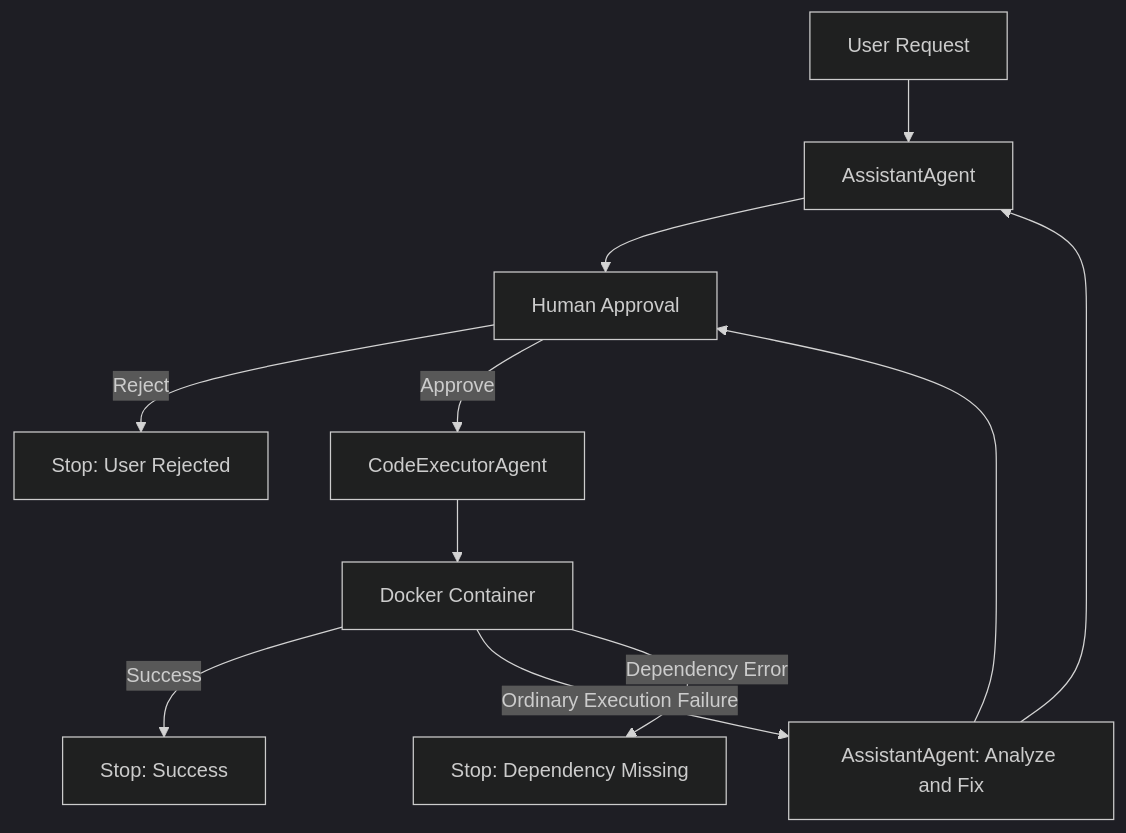
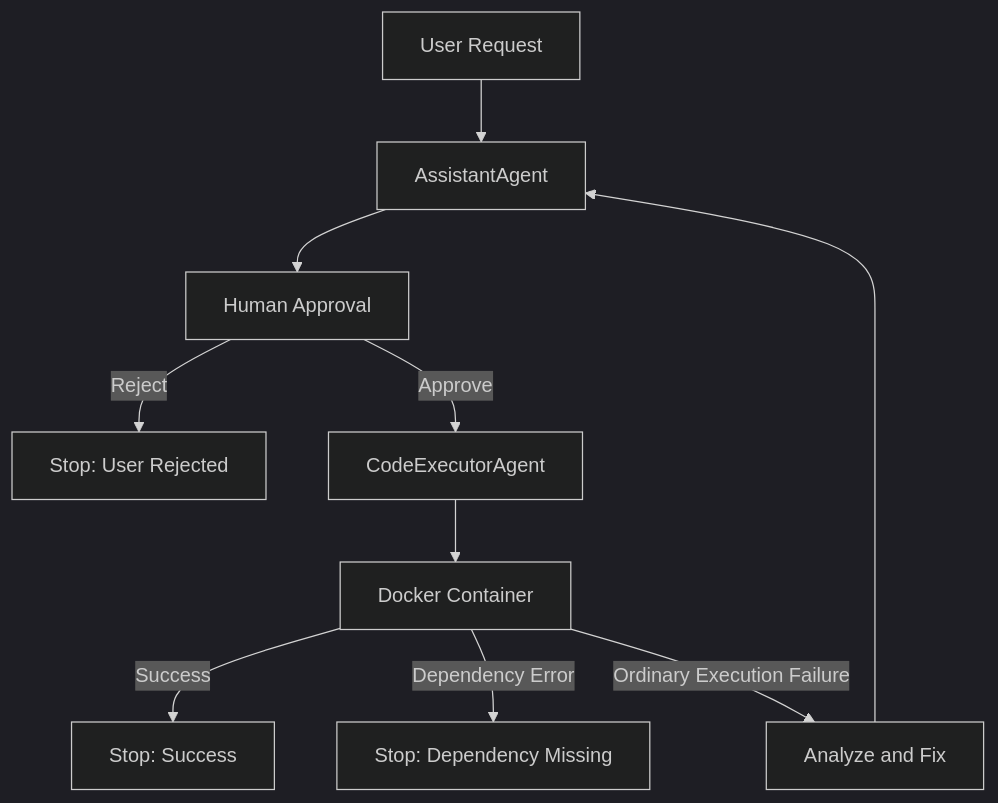
One commit to mustafaOzdogan/ai-python-code-builder-executor changed the diagram in README.md. Above: the diagram before and after it, drawn with Mermaid (dark theme).

Commit message:
Update architecture diagram format in README

````diff
--- a/README.md
+++ b/README.md
@@ -36,13 +36,12 @@
 ```mermaid
-flowchart TD
-    A[User Request] --> B[AssistantAgent]
-    B --> C[Human Approval]
-    C -->|Reject| D[Stop: User Rejected]
-    C -->|Approve| E[CodeExecutorAgent]
-    E --> F[Docker Container]
-    F -->|Success| G[Stop: Success]
-    F -->|Ordinary Execution Failure| H[AssistantAgent: Analyze and Fix]
-    H --> B
-    F -->|Dependency Error| I[Stop: Dependency Missing]
-    H --> C
+flowchart TB
+    A["User Request"] --> B["AssistantAgent"]
+    B --> C["Human Approval"]
+    C -- Reject --> D["Stop: User Rejected"]
+    C -- Approve --> E["CodeExecutorAgent"]
+    E --> F["Docker Container"]
+    F -- Success --> G["Stop: Success"]
+    H["Analyze and Fix"] --> B
+    F -- Dependency Error --> I["Stop: Dependency Missing"]
+    F -- Ordinary Execution Failure --> H
 ```
````
